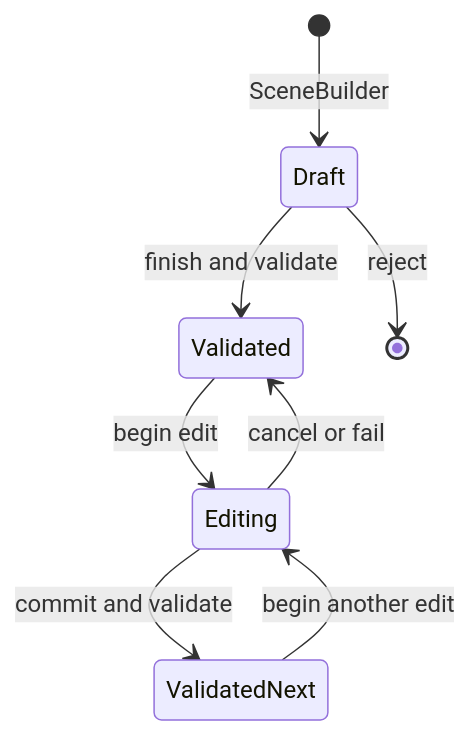
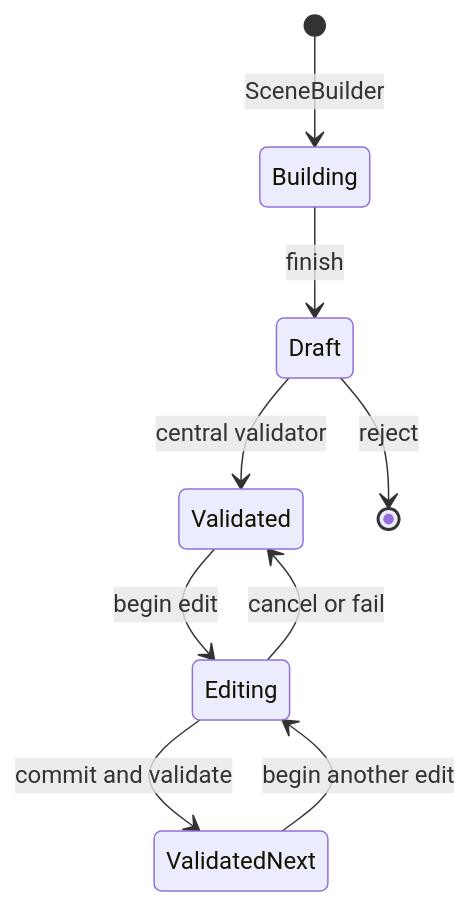
One commit to Latias94/baozi changed the diagram in docs/adr/0003-core-scene-ir-and-material-model.md. Above: the diagram before and after it, drawn with Mermaid. The commit also changed other lines of this file and 32 other files, not shown here.

First line of the commit message:
feat(architecture): enforce canonical ADR governance

````diff
--- a/docs/adr/0003-core-scene-ir-and-material-model.md
+++ b/docs/adr/0003-core-scene-ir-and-material-model.md
@@ -54,10 +55,11 @@
 ```mermaid
 stateDiagram-v2
-    [*] --> Draft: SceneBuilder
-    Draft --> Validated: finish and validate
+    [*] --> Building: SceneBuilder
+    Building --> Draft: finish
+    Draft --> Validated: central validator
     Draft --> [*]: reject
     Validated --> Editing: begin edit
     Editing --> ValidatedNext: commit and validate
     Editing --> Validated: cancel or fail
     ValidatedNext --> Editing: begin another edit
 ```
````
